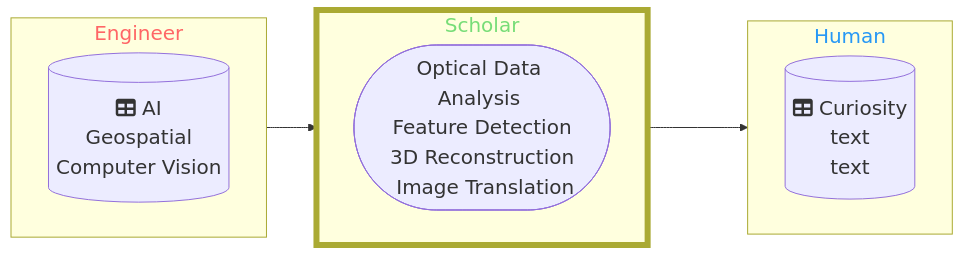
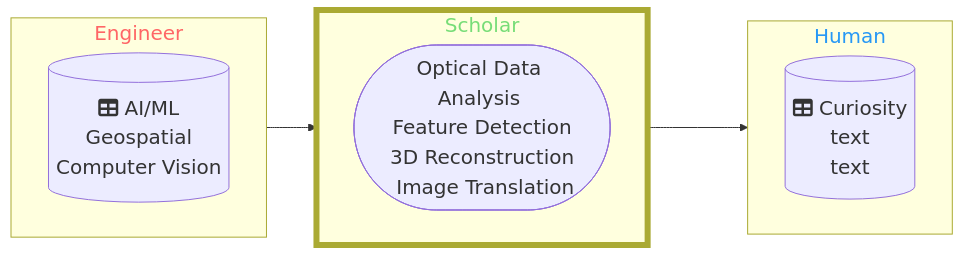
One commit to DippoldEJ/DippoldEJ changed the first of 2 diagrams in README.md. Above: the diagram before and after it, drawn with Mermaid.

````diff
--- a/README.md
+++ b/README.md
@@ -3,33 +3,33 @@
 ```mermaid
 flowchart LR;
 %%{init: {
 	'themeVariables': { 'fontSize': '20px', 'fontFamily': 'Didot'}
 	}
 }%%
 
 subgraph n[Engineer]
 direction LR;
-        b[(fa:fa-table AI <br> Geospatial <br> Computer Vision)]
+        b[(fa:fa-table AI/ML <br> Geospatial <br> Computer Vision)]
     end
 
 subgraph o[Scholar]
 direction LR;
         j([Optical Data Analysis <br> Feature Detection <br> 3D Reconstruction <br> Image Translation])
 
     end
 
  subgraph p[Human]
   direction LR;
     a[(fa:fa-table Curiosity <br> text <br> text)]
     end
 
 style n color:#f66
 style o stroke-width:6px
 style o color:#77DD77
 style p color:#2798F5
 
 
 n-->o
 o-->p
 
 ```
````
